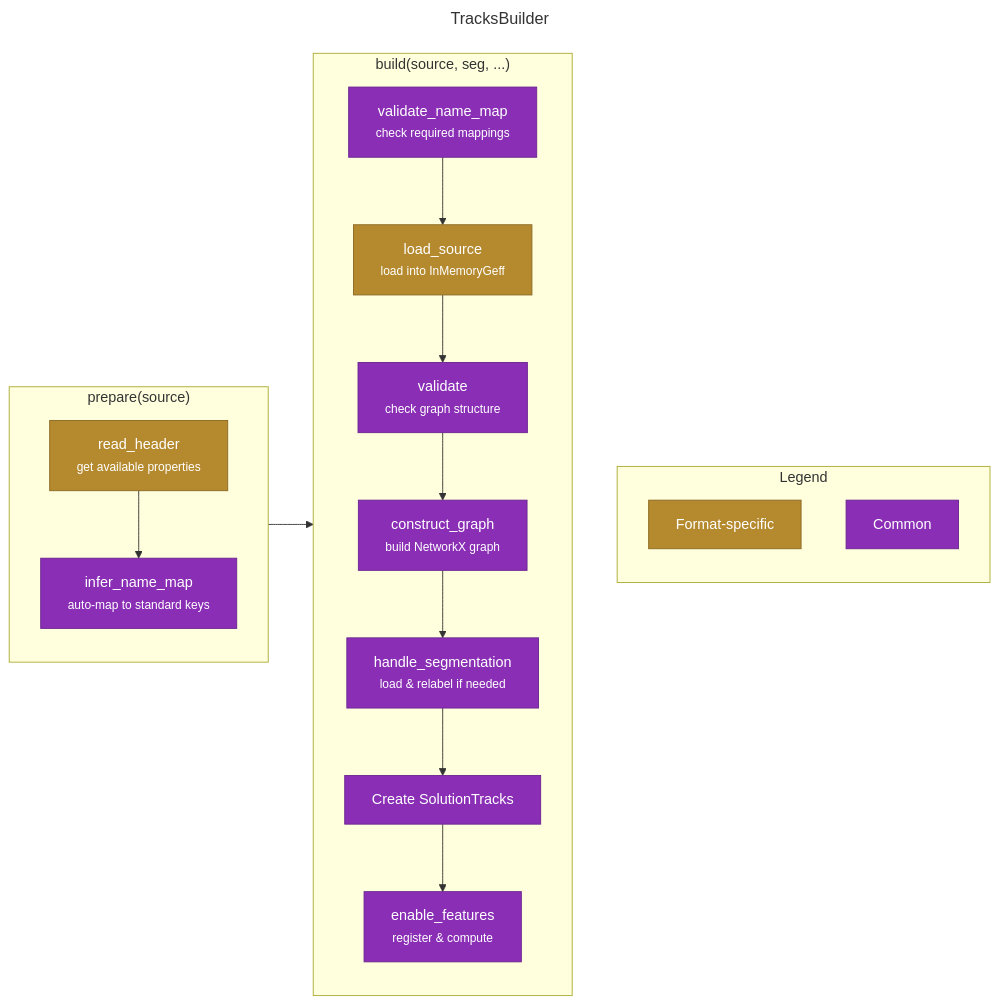
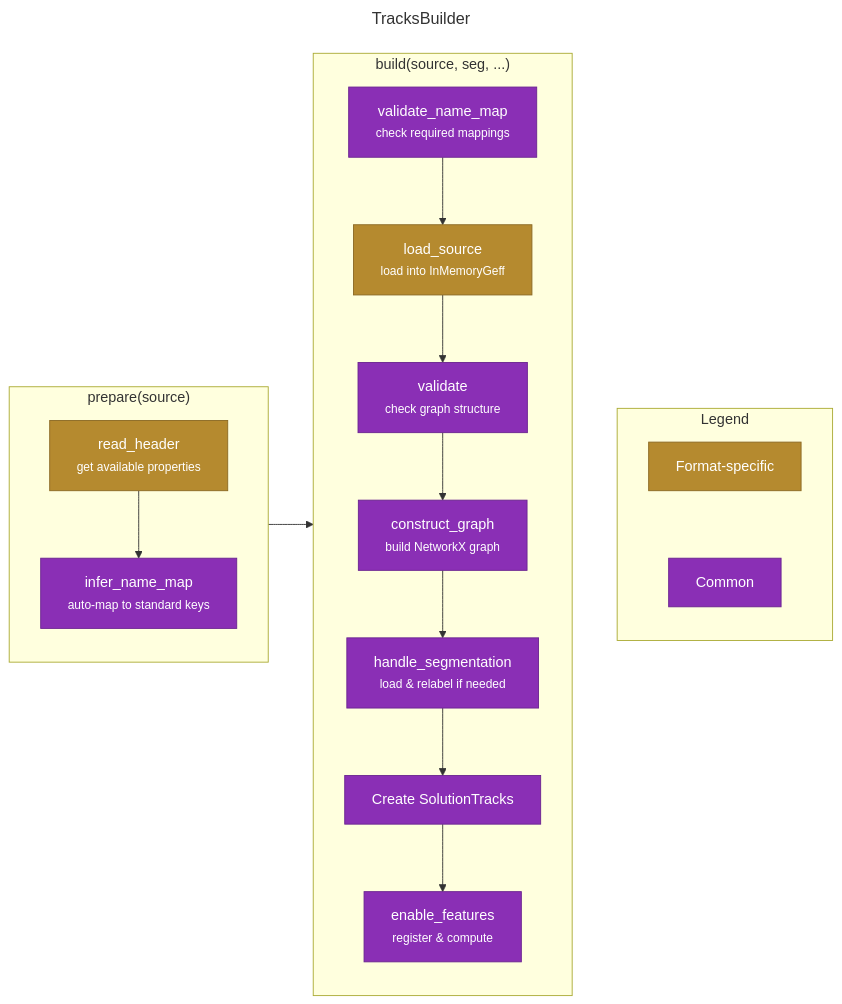
One commit to funkelab/funtracks changed the diagram in docs/import-flow.md. Above: the diagram before and after it, drawn with Mermaid. The commit also changed other lines of this file and 10 other files, not shown here.

````diff
--- a/docs/import-flow.md
+++ b/docs/import-flow.md
@@ -9,52 +9,54 @@
 ```mermaid
 ---
 title: TracksBuilder
 ---
 graph LR
     subgraph Prepare["prepare(source)"]
         direction TB
         ReadHeader["read_header<br/><small>get available properties</small>"]
         InferMap["infer_name_map<br/><small>auto-map to standard keys</small>"]
         ReadHeader --> InferMap
     end
 
     subgraph Build["build(source, seg, ...)"]
         direction TB
         ValidateMap["validate_name_map<br/><small>check required mappings</small>"]
         LoadSource["load_source<br/><small>load into InMemoryGeff</small>"]
         Validate["validate<br/><small>check graph structure</small>"]
         ConstructGraph["construct_graph<br/><small>build NetworkX graph</small>"]
         HandleSeg["handle_segmentation<br/><small>load & relabel if needed</small>"]
         CreateTracks[Create SolutionTracks]
         EnableFeatures["enable_features<br/><small>register & compute</small>"]
 
         ValidateMap --> LoadSource
         LoadSource --> Validate
         Validate --> ConstructGraph
         ConstructGraph --> HandleSeg
         HandleSeg --> CreateTracks
         CreateTracks --> EnableFeatures
     end
 
     Prepare --> Build
 
     subgraph Legend["Legend"]
         direction TB
         L1[Format-specific]
         L2[Common]
+
+        L1 ~~~ L2
     end
 
     Build ~~~ Legend
 
     style ReadHeader fill:#b58a2f,color:#fff,stroke:#8a6823
     style LoadSource fill:#b58a2f,color:#fff,stroke:#8a6823
     style InferMap fill:#8a2fb5,color:#fff,stroke:#6a2390
     style ValidateMap fill:#8a2fb5,color:#fff,stroke:#6a2390
     style Validate fill:#8a2fb5,color:#fff,stroke:#6a2390
     style ConstructGraph fill:#8a2fb5,color:#fff,stroke:#6a2390
     style HandleSeg fill:#8a2fb5,color:#fff,stroke:#6a2390
     style CreateTracks fill:#8a2fb5,color:#fff,stroke:#6a2390
     style EnableFeatures fill:#8a2fb5,color:#fff,stroke:#6a2390
     style L1 fill:#b58a2f,color:#fff,stroke:#8a6823
     style L2 fill:#8a2fb5,color:#fff,stroke:#6a2390
 ```
````
